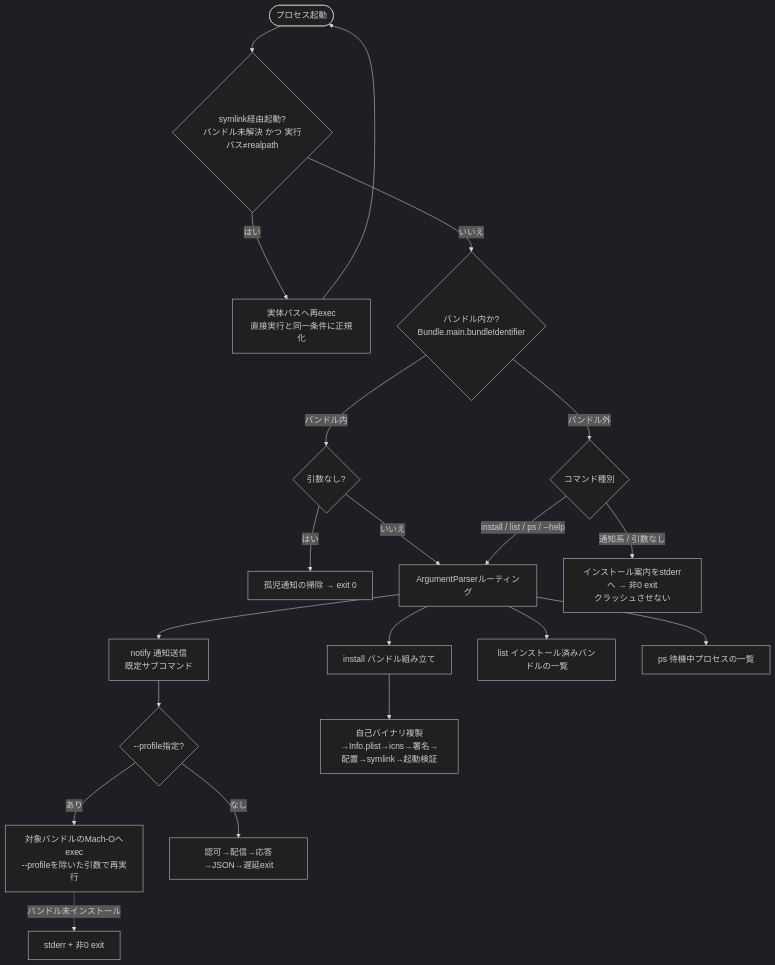
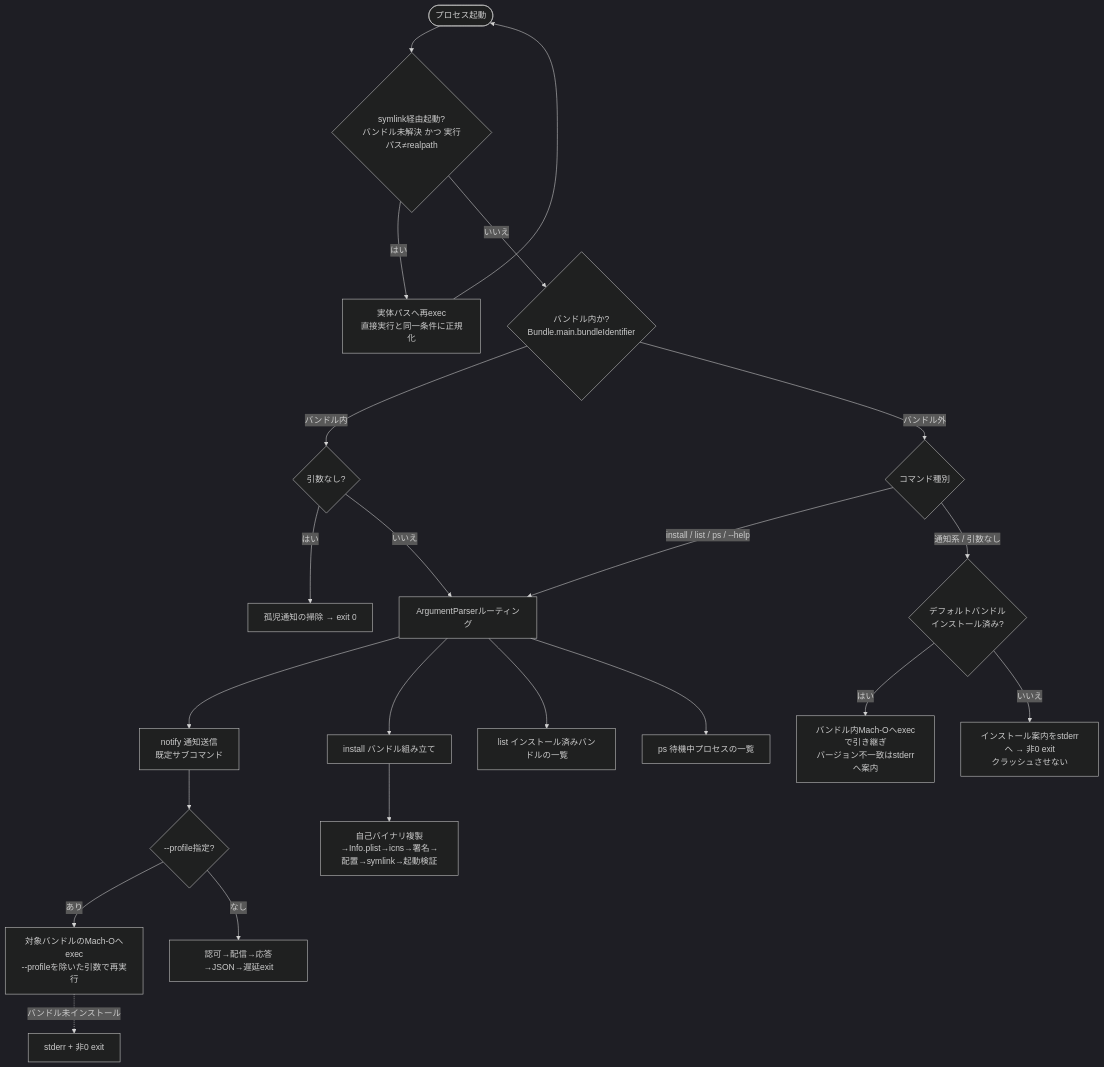
Before and after one commit to mjun0812/yobirin: the third of 3 diagrams in .kiro/specs/yobirin-cli/design.md, drawn with Mermaid (dark theme). The commit also changed other lines of this file and 4 other files, not shown here.

````diff
--- a/.kiro/specs/yobirin-cli/design.md
+++ b/.kiro/specs/yobirin-cli/design.md
@@ -185,22 +187,24 @@
 ```mermaid
 flowchart TD
     start([プロセス起動]) --> relink{symlink経由起動?<br>バンドル未解決 かつ 実行パス≠realpath}
     relink -->|はい| reexec[実体パスへ再exec<br>直接実行と同一条件に正規化]
     reexec --> start
     relink -->|いいえ| inBundle{バンドル内か?<br>Bundle.main.bundleIdentifier}
     inBundle -->|バンドル内| noargs{引数なし?}
     inBundle -->|バンドル外| outCmd{コマンド種別}
     noargs -->|はい| sweep[孤児通知の掃除 → exit 0]
     noargs -->|いいえ| route[ArgumentParserルーティング]
     outCmd -->|install / list / ps / --help| route
-    outCmd -->|通知系 / 引数なし| guide[インストール案内をstderrへ → 非0 exit<br>クラッシュさせない]
+    outCmd -->|通知系 / 引数なし| installed{デフォルトバンドル<br>インストール済み?}
+    installed -->|はい| handoff[バンドル内Mach-Oへexecで引き継ぎ<br>バージョン不一致はstderrへ案内]
+    installed -->|いいえ| guide[インストール案内をstderrへ → 非0 exit<br>クラッシュさせない]
     route --> notify[notify 通知送信<br>既定サブコマンド]
     route --> install[install バンドル組み立て]
     route --> list[list インストール済みバンドルの一覧]
     route --> ps[ps 待機中プロセスの一覧]
     notify --> prof{--profile指定?}
     prof -->|あり| exec[対象バンドルのMach-Oへexec<br>--profileを除いた引数で再実行]
     prof -->|なし| unflow[認可→配信→応答→JSON→遅延exit]
     exec -.->|バンドル未インストール| perr[stderr + 非0 exit]
     install --> asm[自己バイナリ複製→Info.plist→icns→署名→配置→symlink→起動検証]
 ```
````
